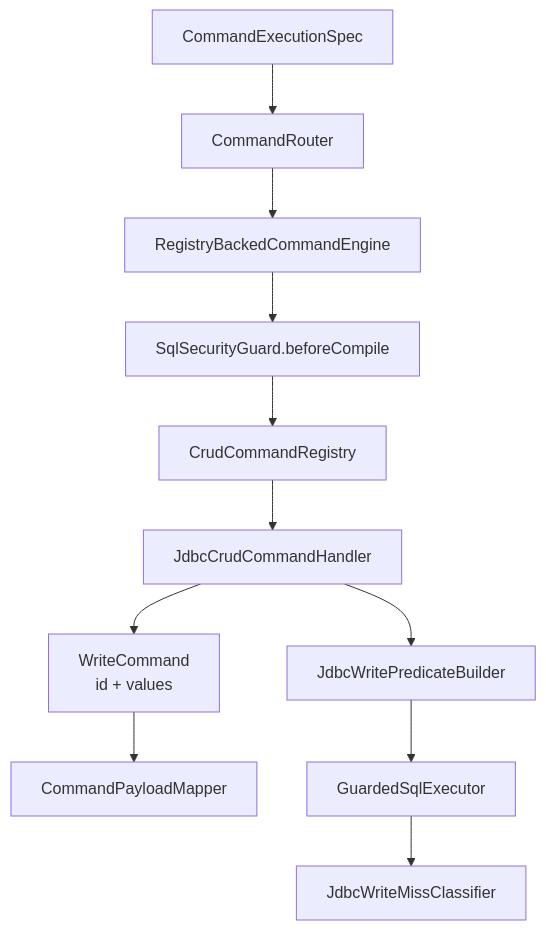
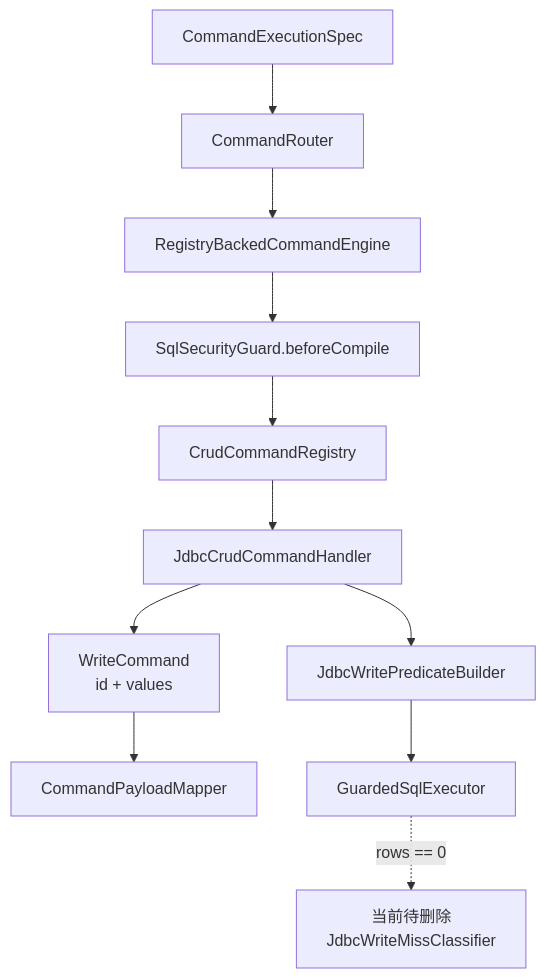
Before and after one commit to ent-loom/ent-loom: the third of 5 diagrams in docs/architecture/components/crud/默认引擎.md, drawn with Mermaid. The commit also changed other lines of this file and 3 other files, not shown here.

````diff
--- a/docs/architecture/components/crud/默认引擎.md
+++ b/docs/architecture/components/crud/默认引擎.md
@@ -56,19 +56,19 @@
 ```mermaid
 flowchart TB
     spec["CommandExecutionSpec"]
     router["CommandRouter"]
     engine["RegistryBackedCommandEngine"]
     guard["SqlSecurityGuard.beforeCompile"]
     registry["CrudCommandRegistry"]
     handler["JdbcCrudCommandHandler"]
     writeCommand["WriteCommand<br/>id + values"]
     mapper["CommandPayloadMapper"]
     predicate["JdbcWritePredicateBuilder"]
     sql["GuardedSqlExecutor"]
-    miss["JdbcWriteMissClassifier"]
+    miss["当前待删除<br/>JdbcWriteMissClassifier"]
 
     spec --> router --> engine --> guard --> registry --> handler
     handler --> writeCommand --> mapper
     handler --> predicate --> sql
-    sql --> miss
+    sql -. "rows == 0" .-> miss
 ```
````
